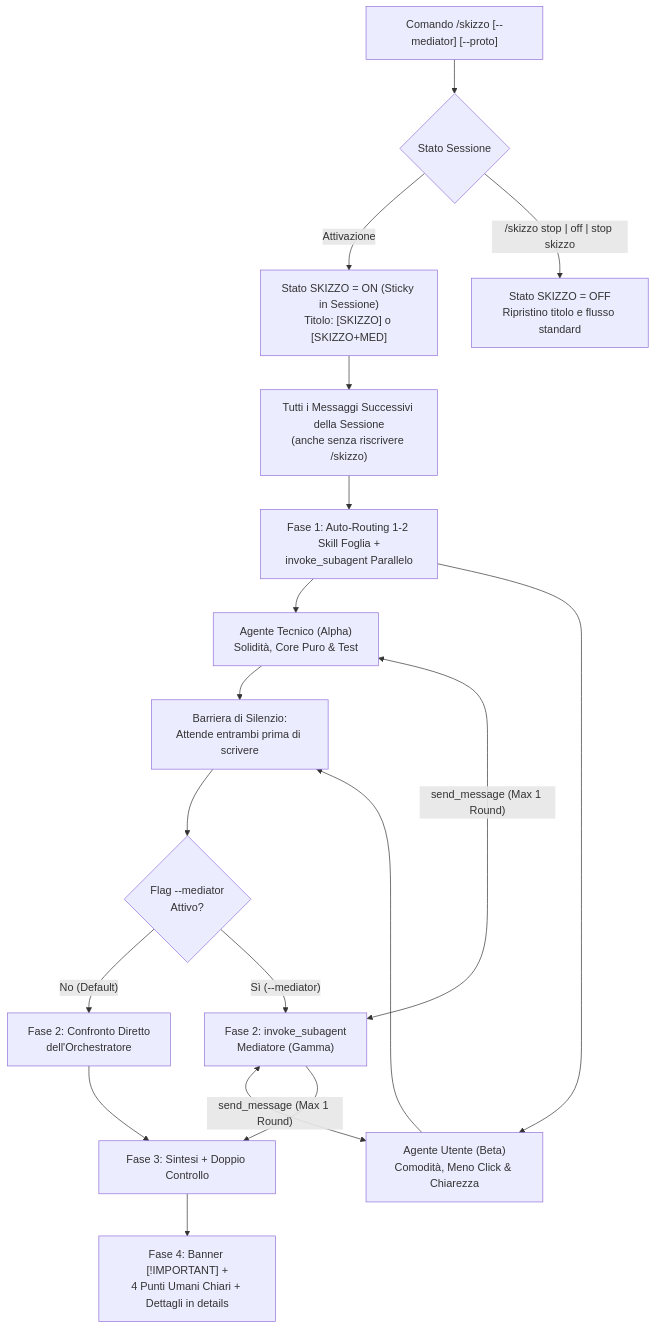
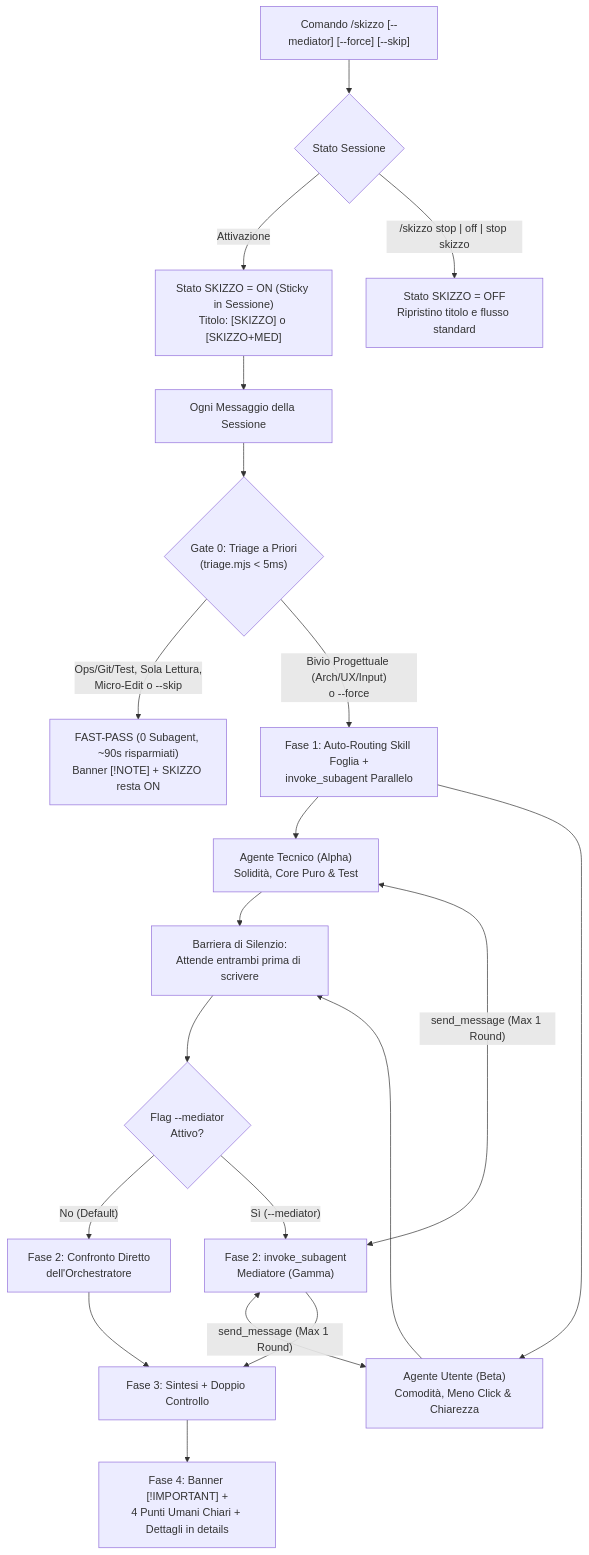
The diagram in plugins/skizzo/README.md (alessandroame/antigravity-plugins), drawn with Mermaid before and after one commit. The commit also changed other lines of this file and 10 other files, not shown here.

First line of the commit message:
feat(skizzo): add Gate 0 auto-triage fast-pass engine (v1.5.0)

````diff
--- a/plugins/skizzo/README.md
+++ b/plugins/skizzo/README.md
@@ -34,20 +39,22 @@
 ```mermaid
 flowchart TD
-    CMD["Comando /skizzo [--mediator] [--proto]"] --> TOGGLE{"Stato Sessione"}
+    CMD["Comando /skizzo [--mediator] [--force] [--skip]"] --> TOGGLE{"Stato Sessione"}
     TOGGLE -- "Attivazione" --> ON["Stato SKIZZO = ON (Sticky in Sessione)<br/>Titolo: [SKIZZO] o [SKIZZO+MED]"]
     TOGGLE -- "/skizzo stop | off | stop skizzo" --> OFF["Stato SKIZZO = OFF<br/>Ripristino titolo e flusso standard"]
-    ON --> TASK["Tutti i Messaggi Successivi della Sessione<br/>(anche senza riscrivere /skizzo)"]
-    TASK --> F1["Fase 1: Auto-Routing 1-2 Skill Foglia +<br/>invoke_subagent Parallelo"]
+    ON --> TASK["Ogni Messaggio della Sessione"]
+    TASK --> GATE0{"Gate 0: Triage a Priori<br/>(triage.mjs < 5ms)"}
+    GATE0 -- "Ops/Git/Test, Sola Lettura,<br/>Micro-Edit o --skip" --> FAST["FAST-PASS (0 Subagent, ~90s risparmiati)<br/>Banner [!NOTE] + SKIZZO resta ON"]
+    GATE0 -- "Bivio Progettuale (Arch/UX/Input)<br/>o --force" --> F1["Fase 1: Auto-Routing Skill Foglia +<br/>invoke_subagent Parallelo"]
     F1 --> ALPHA["Agente Tecnico (Alpha)<br/>Solidità, Core Puro & Test"]
     F1 --> BETA["Agente Utente (Beta)<br/>Comodità, Meno Click & Chiarezza"]
     ALPHA --> WAIT["Barriera di Silenzio:<br/>Attende entrambi prima di scrivere"]
     BETA --> WAIT
     WAIT --> MED{"Flag --mediator<br/>Attivo?"}
     MED -- "No (Default)" --> F2A["Fase 2: Confronto Diretto<br/>dell'Orchestratore"]
     MED -- "Sì (--mediator)" --> GAMMA["Fase 2: invoke_subagent<br/>Mediatore (Gamma)"]
     GAMMA <-->|"send_message (Max 1 Round)"| ALPHA
     GAMMA <-->|"send_message (Max 1 Round)"| BETA
     F2A --> F3["Fase 3: Sintesi + Doppio Controllo"]
     GAMMA --> F3
     F3 --> F4["Fase 4: Banner [!IMPORTANT] +<br/>4 Punti Umani Chiari + Dettagli in details"]
 ```
````
